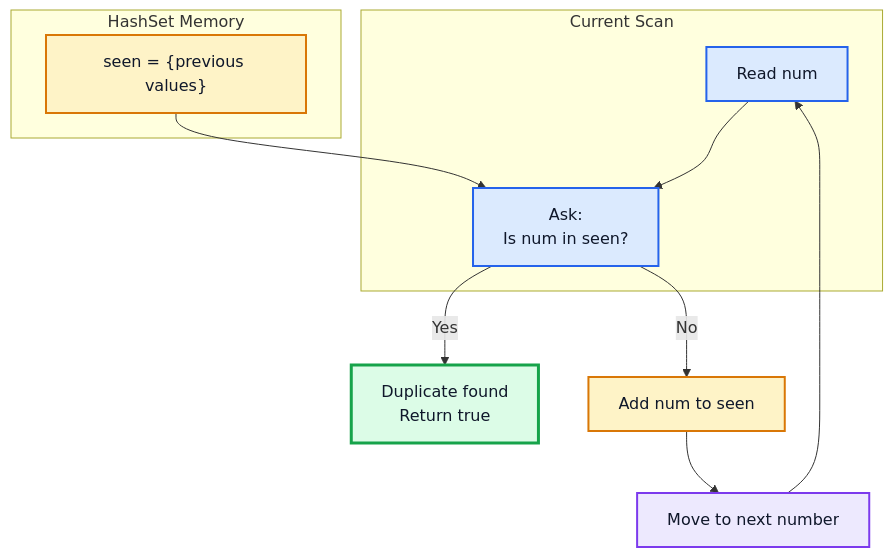
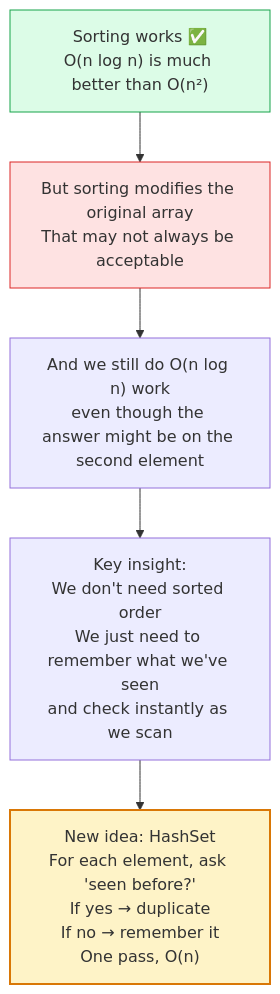
Before and after one commit to M-F-Tushar/LeetCode-Problem-Solving: the ninth of 13 diagrams in 02 - Contains Duplicate/README.md, drawn with Mermaid. The commit also changed other lines of this file, not shown here.

````diff
--- a/02 - Contains Duplicate/README.md
+++ b/02 - Contains Duplicate/README.md
@@ -410,29 +270,11 @@
 ```mermaid
 flowchart TD
-    subgraph Current["Current Scan"]
-        A["Read num"]
-        B["Ask:<br/>Is num in seen?"]
-    end
+    A["Sorting works ✅\nO(n log n) is much better than O(n²)"] --> B["But sorting modifies the original array\nThat may not always be acceptable"]
+    B --> C["And we still do O(n log n) work\neven though the answer might be on the second element"]
+    C --> D["Key insight:\nWe don't need sorted order\nWe just need to remember what we've seen\nand check instantly as we scan"]
+    D --> E["New idea: HashSet\nFor each element, ask 'seen before?'\nIf yes → duplicate\nIf no → remember it\nOne pass, O(n)"]
 
-    subgraph Memory["HashSet Memory"]
-        C["seen = {previous values}"]
-    end
-
-    A --> B
-    C --> B
-
-    B -->|Yes| D["Duplicate found<br/>Return true"]
-    B -->|No| E["Add num to seen"]
-    E --> F["Move to next number"]
-    F --> A
-
-    classDef scan fill:#dbeafe,stroke:#2563eb,stroke-width:2px,color:#0f172a;
-    classDef memory fill:#fef3c7,stroke:#d97706,stroke-width:2px,color:#0f172a;
-    classDef success fill:#dcfce7,stroke:#16a34a,stroke-width:3px,color:#0f172a;
-    classDef loop fill:#ede9fe,stroke:#7c3aed,stroke-width:2px,color:#0f172a;
-
-    class A,B scan;
-    class C,E memory;
-    class D success;
-    class F loop;
+    style A fill:#dcfce7,stroke:#16a34a
+    style B fill:#fee2e2,stroke:#dc2626
+    style E fill:#fef3c7,stroke:#d97706,stroke-width:2px
 ```
````
